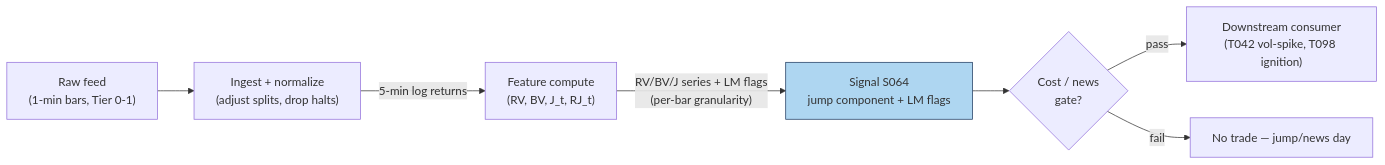
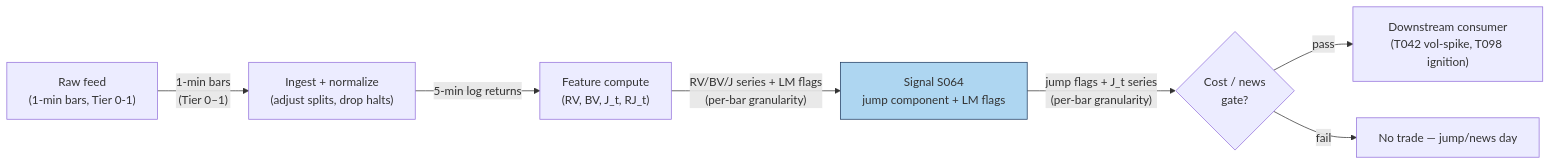
The diagram in batches/SB8/S064.md (praveenguptahcl/quant-signals-deep), drawn with Mermaid before and after one commit. The commit also changed other lines of this file and 27 other files, not shown here.

````diff
--- a/batches/SB8/S064.md
+++ b/batches/SB8/S064.md
@@ -289,10 +295,10 @@
 ```mermaid
 flowchart LR
-    FEED["Raw feed\n(1-min bars, Tier 0-1)"] --> ING["Ingest + normalize\n(adjust splits, drop halts)"]
+    FEED["Raw feed\n(1-min bars, Tier 0-1)"] -->|"1-min bars\n(Tier 0–1)"| ING["Ingest + normalize\n(adjust splits, drop halts)"]
     ING -->|"5-min log returns"| FEAT["Feature compute\n(RV, BV, J_t, RJ_t)"]
     FEAT -->|"RV/BV/J series + LM flags\n(per-bar granularity)"| SIG["Signal S064\njump component + LM flags"]
-    SIG --> GATE{"Cost / news\ngate?"}
+    SIG -->|"jump flags + J_t series\n(per-bar granularity)"| GATE{"Cost / news\ngate?"}
     GATE -->|pass| OUT["Downstream consumer\n(T042 vol-spike, T098 ignition)"]
     GATE -->|fail| DROP["No trade — jump/news day"]
     style SIG fill:#aed6f1,stroke:#1f3a5f
 ```
````
